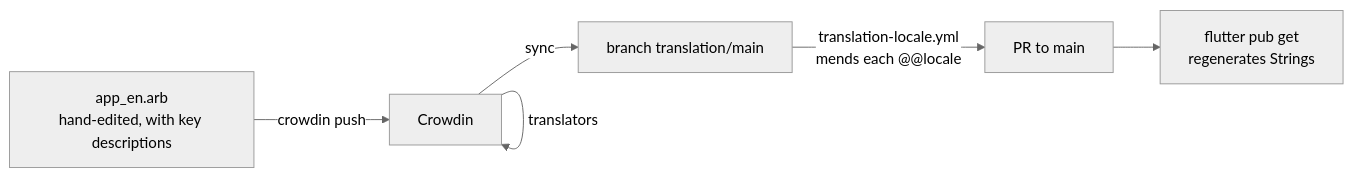
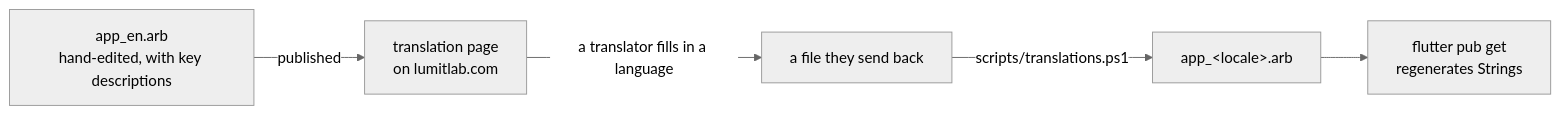
One commit to luminalmvm/Lumit changed the diagram in docs/learn/07-BUILD-SHIP.md. Above: the diagram before and after it, drawn with Mermaid (neutral theme). The commit also changed other lines of this file and 24 other files, not shown here.

````diff
--- a/docs/learn/07-BUILD-SHIP.md
+++ b/docs/learn/07-BUILD-SHIP.md
@@ -92,8 +92,7 @@
 ```mermaid
 flowchart LR
-    A[app_en.arb<br/>hand-edited, with key descriptions] -->|crowdin push| B[Crowdin]
-    B -->|translators| B
-    B -->|sync| C[branch translation/main]
-    C -->|translation-locale.yml<br/>mends each @@locale| D[PR to main]
+    A[app_en.arb<br/>hand-edited, with key descriptions] -->|published| B[translation page<br/>on lumitlab.com]
+    B -->|a translator fills in a language| C[a file they send back]
+    C -->|scripts/translations.ps1| D[app_&lt;locale&gt;.arb]
     D --> E[flutter pub get<br/>regenerates Strings]
 ```
````
